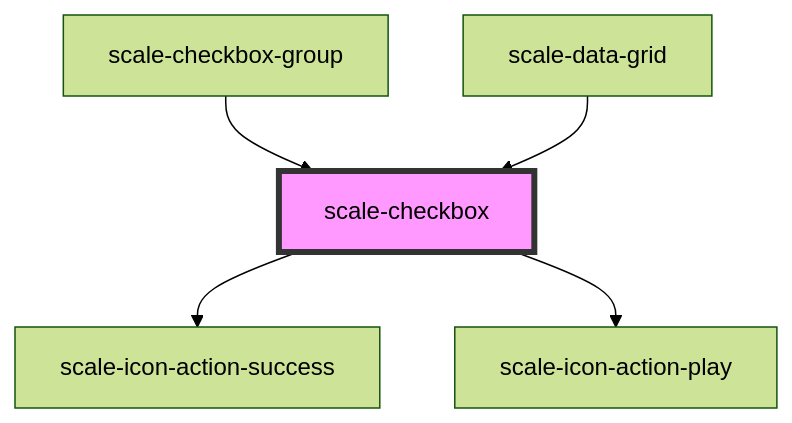
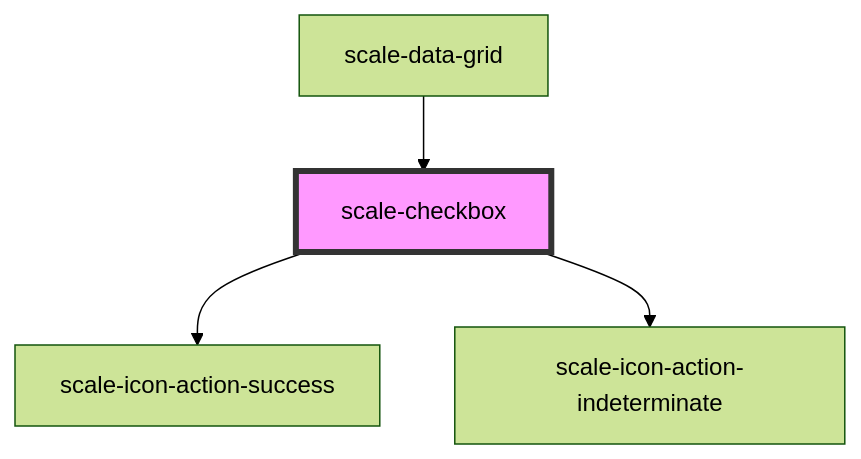
Before and after one commit to telekom/scale: the diagram in packages/components/src/components/checkbox/readme.md, drawn with Mermaid (forest theme). The commit also changed other lines of this file and 4 other files, not shown here.

Commit message:
feat(checkbox): add indeterminate state

````diff
--- a/packages/components/src/components/checkbox/readme.md
+++ b/packages/components/src/components/checkbox/readme.md
@@ -44,8 +43,7 @@
 ```mermaid
 graph TD;
   scale-checkbox --> scale-icon-action-success
-  scale-checkbox --> scale-icon-action-play
-  scale-checkbox-group --> scale-checkbox
+  scale-checkbox --> scale-icon-action-indeterminate
   scale-data-grid --> scale-checkbox
   style scale-checkbox fill:#f9f,stroke:#333,stroke-width:4px
 ```
````
